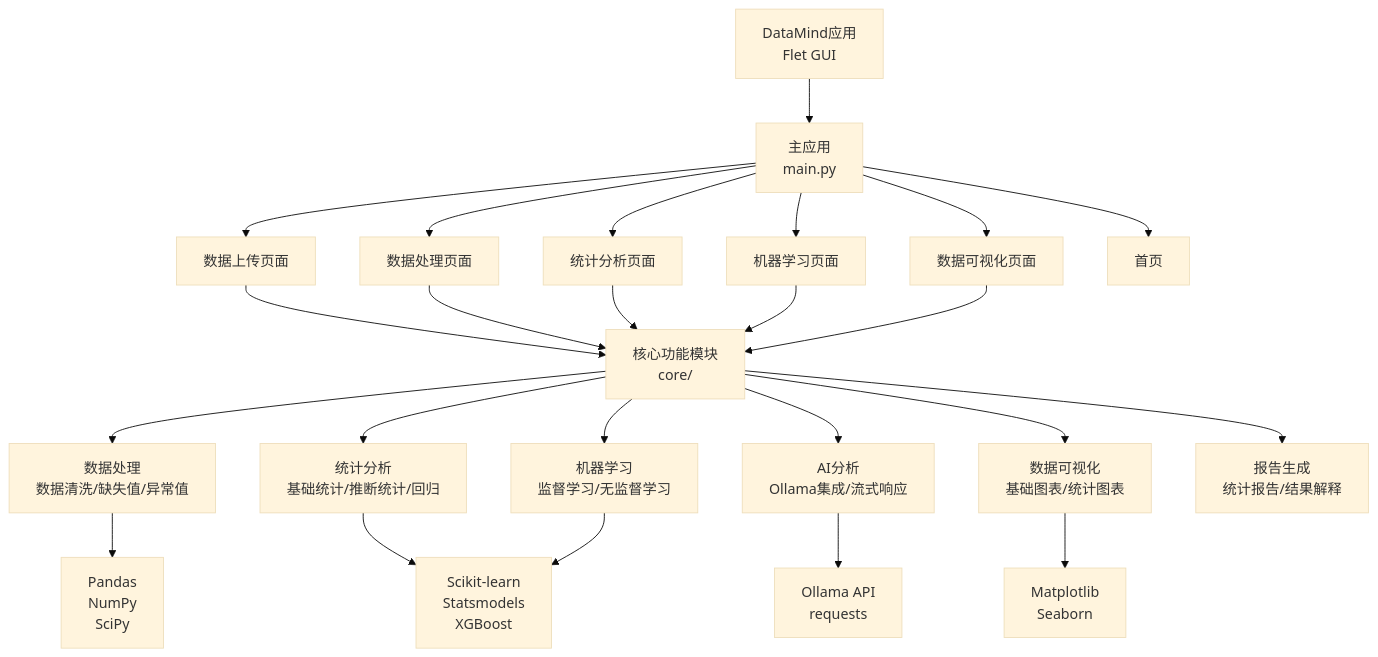
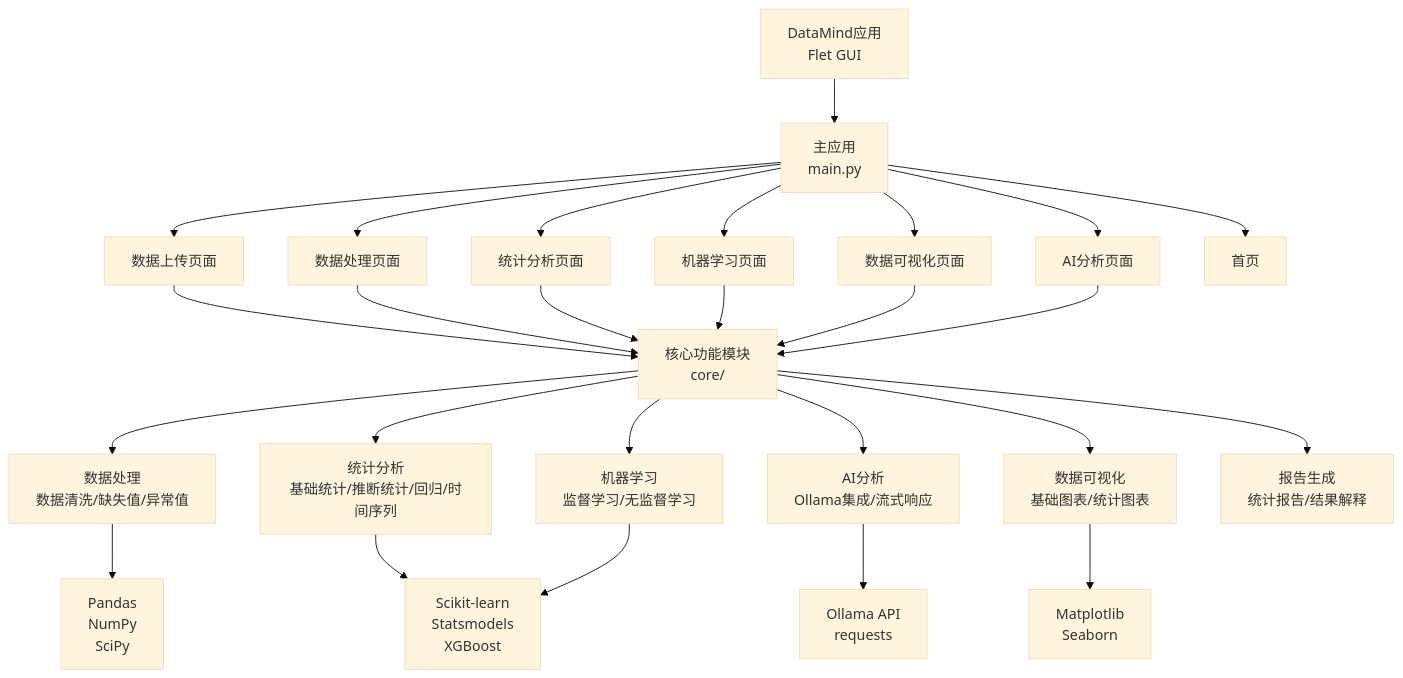
One commit to zhk0567/DataMind changed the diagram in README.md. Above: the diagram before and after it, drawn with Mermaid (base theme). The commit also changed other lines of this file and 65 other files, not shown here.

Commit message:
Update README: simplify content and restore system architecture diagram

````diff
--- a/README.md
+++ b/README.md
@@ -15,29 +15,31 @@
 ```mermaid
 graph TB
     A[DataMind应用<br/>Flet GUI] --> B[主应用<br/>main.py]
     B --> C1[数据上传页面]
     B --> C2[数据处理页面]
     B --> C3[统计分析页面]
     B --> C4[机器学习页面]
     B --> C5[数据可视化页面]
-    B --> C6[首页]
+    B --> C6[AI分析页面]
+    B --> C7[首页]
     
     C1 --> D[核心功能模块<br/>core/]
     C2 --> D
     C3 --> D
     C4 --> D
     C5 --> D
+    C6 --> D
     
     D --> E1[数据处理<br/>数据清洗/缺失值/异常值]
-    D --> E2[统计分析<br/>基础统计/推断统计/回归]
+    D --> E2[统计分析<br/>基础统计/推断统计/回归/时间序列]
     D --> E3[机器学习<br/>监督学习/无监督学习]
     D --> E4[AI分析<br/>Ollama集成/流式响应]
     D --> E5[数据可视化<br/>基础图表/统计图表]
     D --> E6[报告生成<br/>统计报告/结果解释]
     
     E1 --> F1[Pandas<br/>NumPy<br/>SciPy]
     E2 --> F2[Scikit-learn<br/>Statsmodels<br/>XGBoost]
     E3 --> F2
     E4 --> F3[Ollama API<br/>requests]
     E5 --> F4[Matplotlib<br/>Seaborn]
 ```
````
